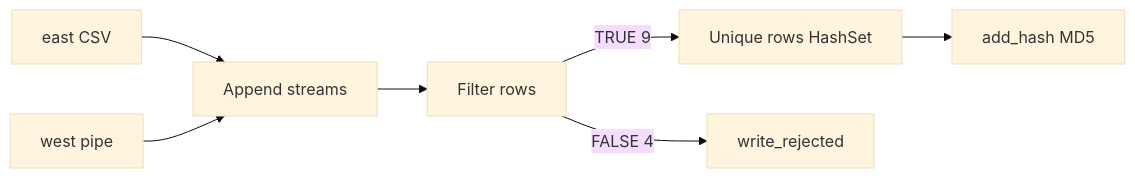
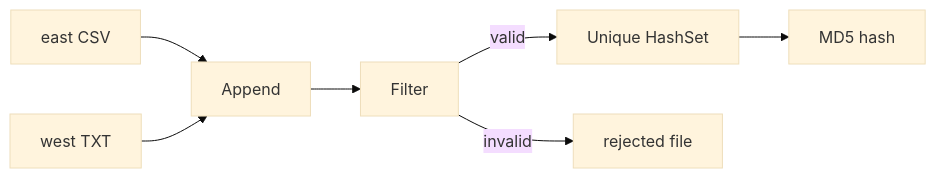
Before and after one commit to MCintheHOWSE/ai-fullstack-portfolio: the diagram in ETL ENGINEER/portfolio/e1-data-quality/README.md, drawn with Mermaid (base theme). The commit also changed other lines of this file and 5 other files, not shown here.

````diff
--- a/ETL ENGINEER/portfolio/e1-data-quality/README.md
+++ b/ETL ENGINEER/portfolio/e1-data-quality/README.md
@@ -21,9 +22,9 @@
 ```mermaid
 flowchart LR
-  east[east CSV] --> append[Append streams]
-  west[west pipe] --> append
-  append --> filter[Filter rows]
-  filter -->|TRUE 9| hashset[Unique rows HashSet]
-  filter -->|FALSE 4| rejected[write_rejected]
-  hashset --> hash[add_hash MD5]
+  east[east CSV] --> append[Append]
+  west[west TXT] --> append
+  append --> filter[Filter]
+  filter -->|valid| dedupe[Unique HashSet]
+  filter -->|invalid| rejected[rejected file]
+  dedupe --> hash[MD5 hash]
 ```
````
